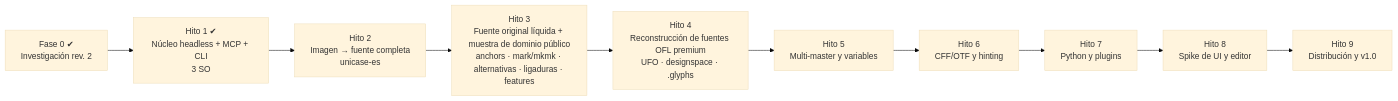
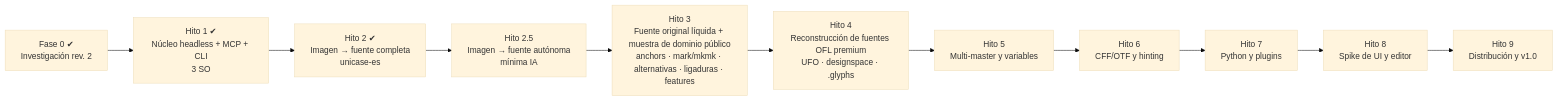
One commit to luisfarfan/forma changed the diagram in docs/04-roadmap.md. Above: the diagram before and after it, drawn with Mermaid (base theme). The commit also changed other lines of this file and 3 other files, not shown here.

Commit message:
docs: ADR 0010, milestone 2.5 in the roadmap, decision log

````diff
--- a/docs/04-roadmap.md
+++ b/docs/04-roadmap.md
@@ -27,12 +27,13 @@
 ```mermaid
 flowchart LR
   F0["Fase 0 ✔<br/>Investigación rev. 2"] --> H1["Hito 1 ✔<br/>Núcleo headless + MCP + CLI<br/>3 SO"]
-  H1 --> H2["Hito 2<br/>Imagen → fuente completa<br/>unicase-es"]
-  H2 --> H3["Hito 3<br/>Fuente original líquida + muestra de dominio público<br/>anchors · mark/mkmk · alternativas · ligaduras · features"]
+  H1 --> H2["Hito 2 ✔<br/>Imagen → fuente completa<br/>unicase-es"]
+  H2 --> H25["Hito 2.5<br/>Imagen → fuente autónoma<br/>mínima IA"]
+  H25 --> H3["Hito 3<br/>Fuente original líquida + muestra de dominio público<br/>anchors · mark/mkmk · alternativas · ligaduras · features"]
   H3 --> H4["Hito 4<br/>Reconstrucción de fuentes OFL premium<br/>UFO · designspace · .glyphs"]
   H4 --> H5["Hito 5<br/>Multi-master y variables"]
   H5 --> H6["Hito 6<br/>CFF/OTF y hinting"]
   H6 --> H7["Hito 7<br/>Python y plugins"]
   H7 --> H8["Hito 8<br/>Spike de UI y editor"]
   H8 --> H9["Hito 9<br/>Distribución y v1.0"]
 ```
````
